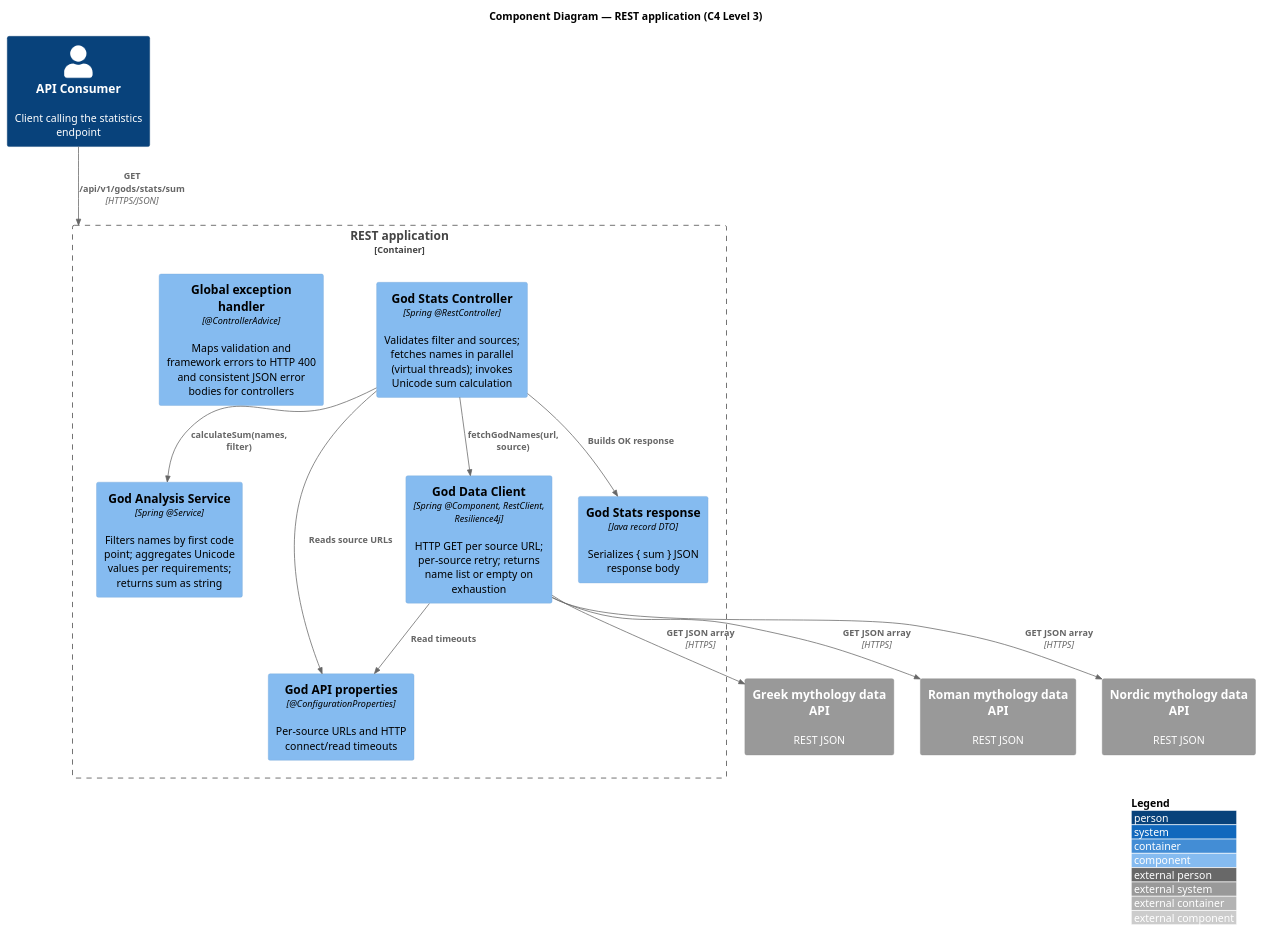
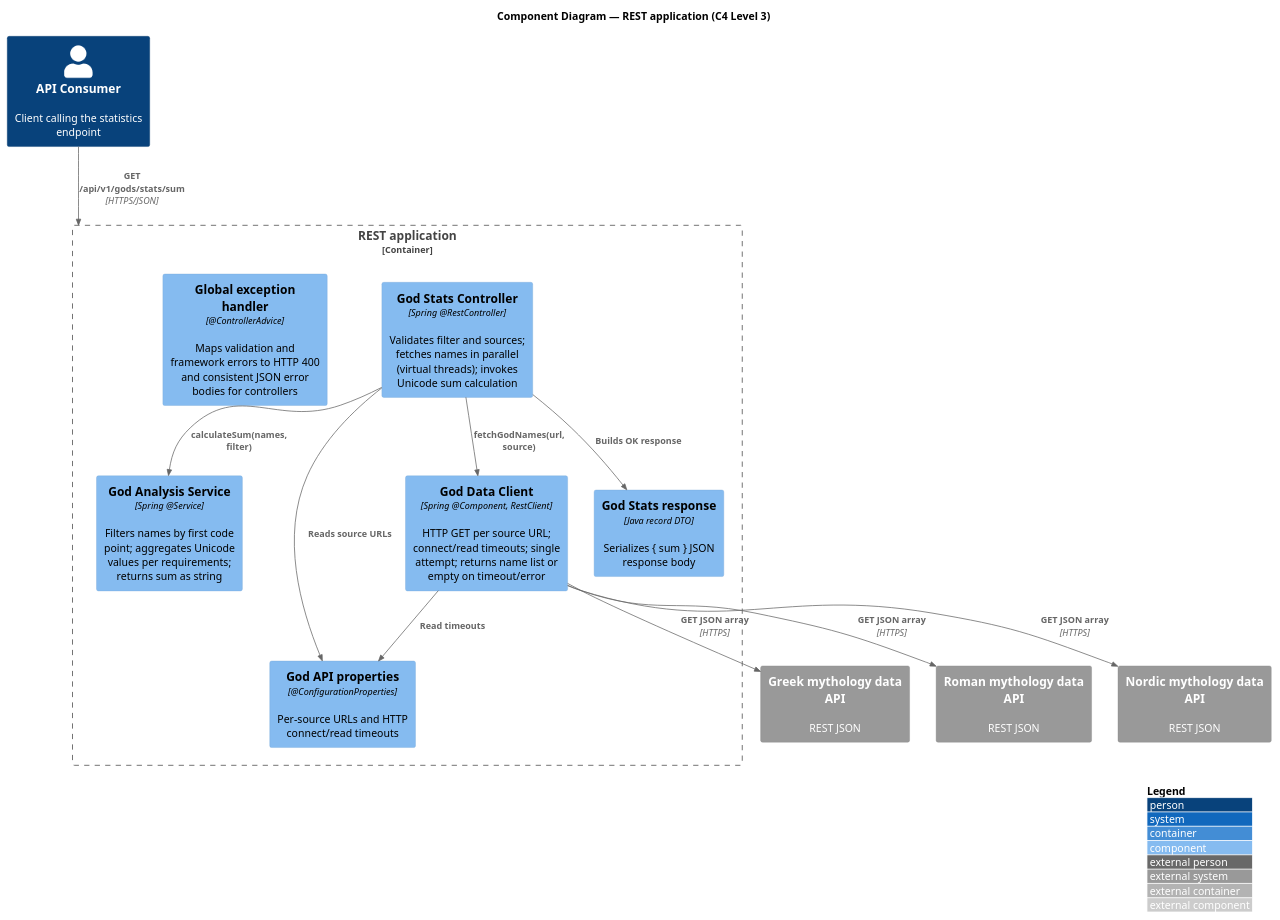
One commit to jabrena/plinth changed the diagram in examples/requirements-examples/problem1/requirements/diagrams/c3-god-analysis-api-components.puml. Above: the diagram before and after it, drawn with PlantUML. The commit also changed 28 other files, not shown here.

```diff
--- a/examples/requirements-examples/problem1/requirements/diagrams/c3-god-analysis-api-components.puml
+++ b/examples/requirements-examples/problem1/requirements/diagrams/c3-god-analysis-api-components.puml
@@ -1,35 +1,35 @@
 @startuml c3-god-analysis-api-components
 !include https://raw.githubusercontent.com/plantuml-stdlib/C4-PlantUML/master/C4_Component.puml
 
 LAYOUT_WITH_LEGEND()
 
 title Component Diagram — REST application (C4 Level 3)
 
 Person(api_consumer, "API Consumer", "Client calling the statistics endpoint")
 
 Container_Boundary(rest_api, "REST application") {
     Component(god_stats_controller, "God Stats Controller", "Spring @RestController", "Validates filter and sources; fetches names in parallel (virtual threads); invokes Unicode sum calculation")
     Component(god_analysis_service, "God Analysis Service", "Spring @Service", "Filters names by first code point; aggregates Unicode values per requirements; returns sum as string")
-    Component(god_data_client, "God Data Client", "Spring @Component, RestClient, Resilience4j", "HTTP GET per source URL; per-source retry; returns name list or empty on exhaustion")
+    Component(god_data_client, "God Data Client", "Spring @Component, RestClient", "HTTP GET per source URL; connect/read timeouts; single attempt; returns name list or empty on timeout/error")
     Component(god_api_properties, "God API properties", "@ConfigurationProperties", "Per-source URLs and HTTP connect/read timeouts")
     Component(global_exception_handler, "Global exception handler", "@ControllerAdvice", "Maps validation and framework errors to HTTP 400 and consistent JSON error bodies for controllers")
     Component(god_stats_response, "God Stats response", "Java record DTO", "Serializes { sum } JSON response body")
 }
 
 System_Ext(greek_data, "Greek mythology data API", "REST JSON")
 System_Ext(roman_data, "Roman mythology data API", "REST JSON")
 System_Ext(nordic_data, "Nordic mythology data API", "REST JSON")
 
 Rel(api_consumer, rest_api, "GET /api/v1/gods/stats/sum", "HTTPS/JSON")
 
 Rel(god_stats_controller, god_api_properties, "Reads source URLs", "")
 Rel(god_stats_controller, god_data_client, "fetchGodNames(url, source)", "")
 Rel(god_stats_controller, god_analysis_service, "calculateSum(names, filter)", "")
 Rel(god_stats_controller, god_stats_response, "Builds OK response", "")
 
 Rel(god_data_client, god_api_properties, "Read timeouts", "")
 Rel(god_data_client, greek_data, "GET JSON array", "HTTPS")
 Rel(god_data_client, roman_data, "GET JSON array", "HTTPS")
 Rel(god_data_client, nordic_data, "GET JSON array", "HTTPS")
 
 @enduml
```
